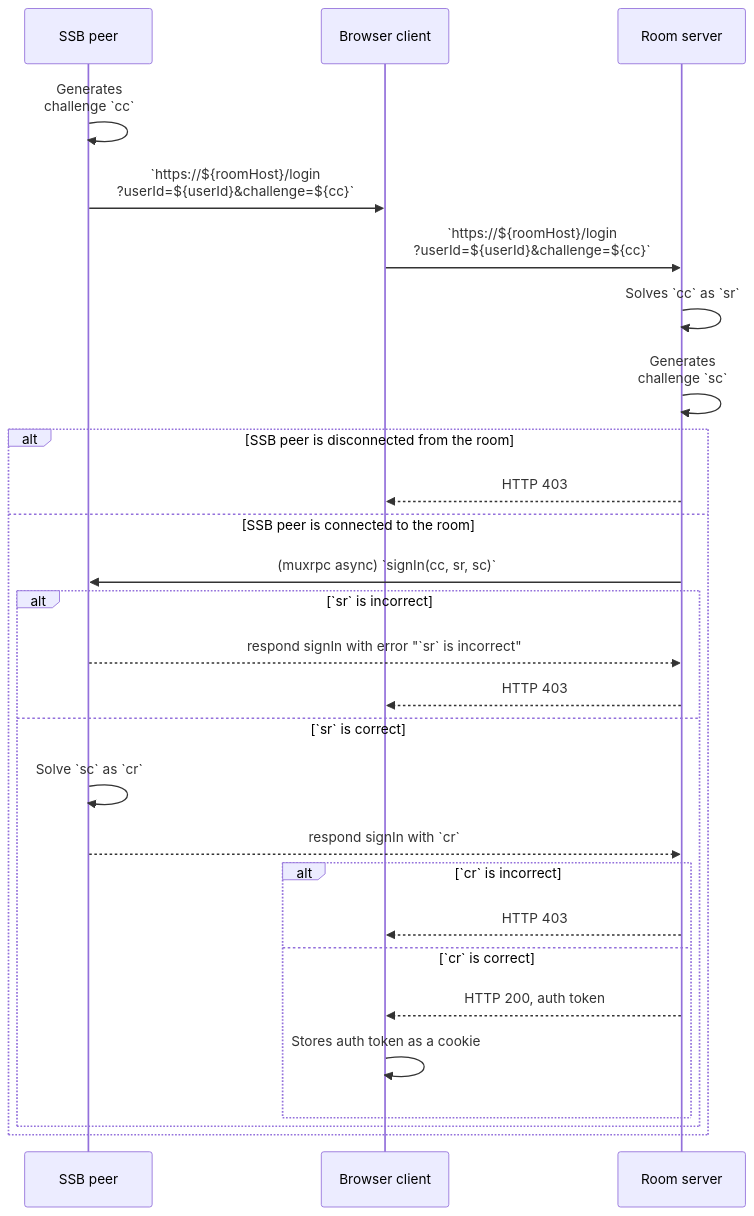
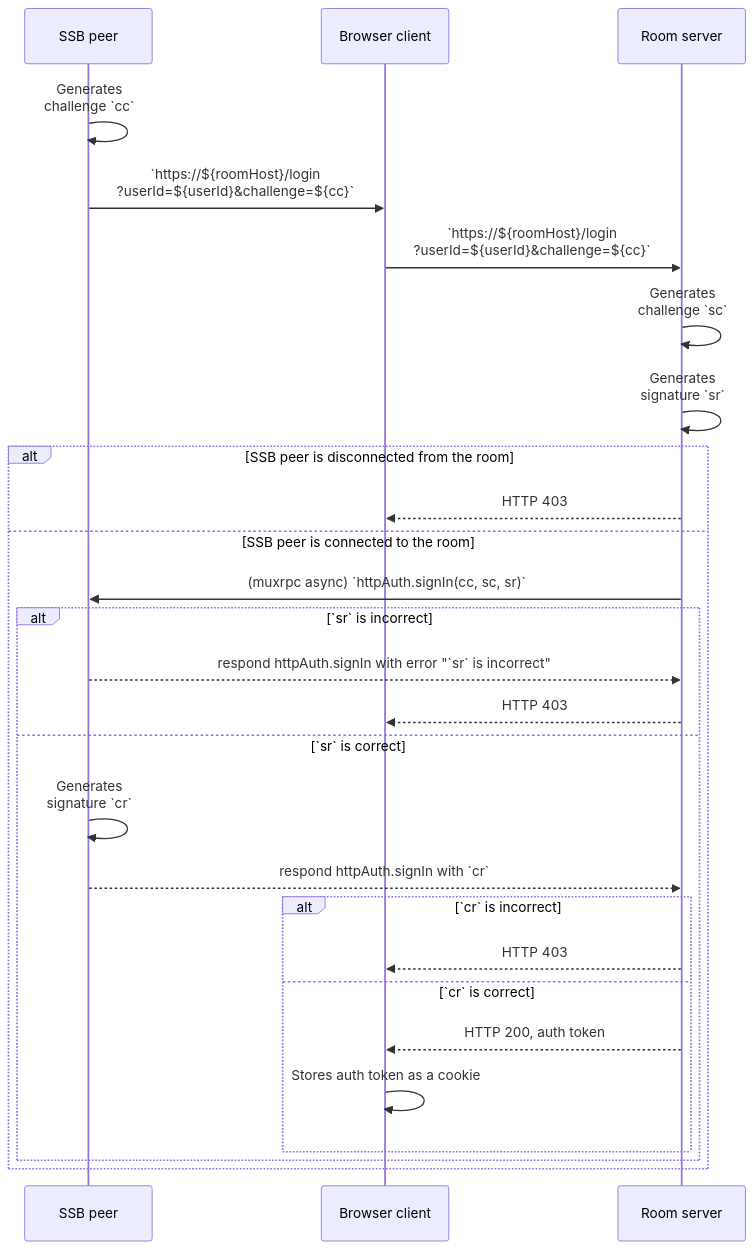
The diagram in docs/Setup/Sign-in with SSB.md (ssbc/rooms2), drawn with Mermaid before and after one commit. The commit also changed other lines of this file and 4 other files, not shown here.

````diff
--- a/docs/Setup/Sign-in with SSB.md
+++ b/docs/Setup/Sign-in with SSB.md
@@ -25,30 +27,30 @@
 ```mermaid
 sequenceDiagram
   participant Umux as SSB peer
   participant Uweb as Browser client
   participant R as Room server
 
   Umux->>Umux: Generates<br/>challenge `cc`
   Umux->>Uweb: `https://${roomHost}/login<br/>?userId=${userId}&challenge=${cc}`
   Uweb->>R: `https://${roomHost}/login<br/>?userId=${userId}&challenge=${cc}`
-  R->>R: Solves `cc` as `sr`
   R->>R: Generates<br/>challenge `sc`
+  R->>R: Generates<br/>signature `sr`
   alt SSB peer is disconnected from the room
     R-->>Uweb: HTTP 403
   else SSB peer is connected to the room
-    R->>Umux: (muxrpc async) `signIn(cc, sr, sc)`
+    R->>Umux: (muxrpc async) `httpAuth.signIn(cc, sc, sr)`
     alt `sr` is incorrect
-      Umux-->>R: respond signIn with error "`sr` is incorrect"
+      Umux-->>R: respond httpAuth.signIn with error "`sr` is incorrect"
       R-->>Uweb: HTTP 403
     else `sr` is correct
-      Umux->>Umux: Solve `sc` as `cr`
-      Umux-->>R: respond signIn with `cr`
+      Umux->>Umux: Generates<br/>signature `cr`
+      Umux-->>R: respond httpAuth.signIn with `cr`
       alt `cr` is incorrect
         R-->>Uweb: HTTP 403
       else `cr` is correct
         R-->>Uweb: HTTP 200, auth token
         Uweb->>Uweb: Stores auth token as a cookie
       end
     end
   end
 ```
````
